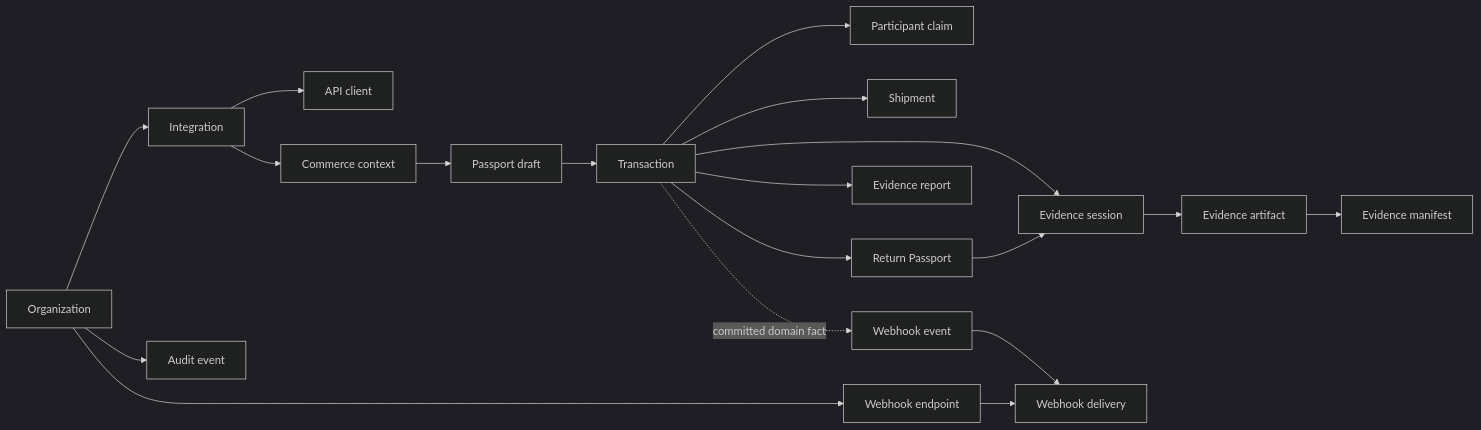
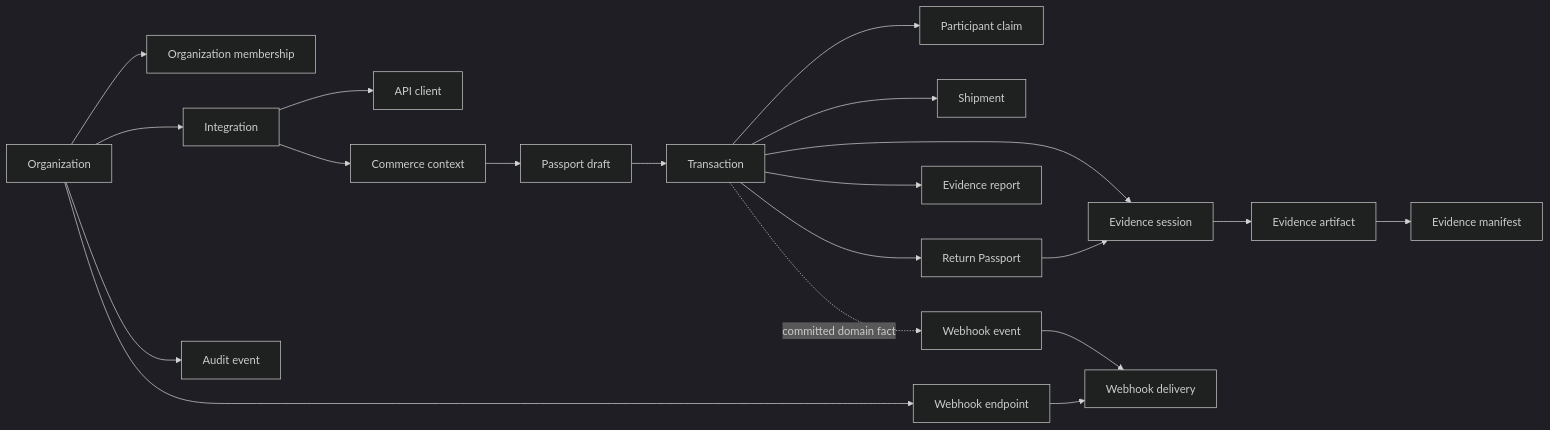
One commit to thepackproof/repo changed the first of 2 diagrams in docs/architecture/DOMAIN_MODEL_V1.md. Above: the diagram before and after it, drawn with Mermaid (dark theme). The commit also changed other lines of this file and 110 other files, not shown here.

````diff
--- a/docs/architecture/DOMAIN_MODEL_V1.md
+++ b/docs/architecture/DOMAIN_MODEL_V1.md
@@ -24,21 +24,22 @@
 ```mermaid
 flowchart LR
-  Organization["Organization"] --> Integration["Integration"]
+  Organization["Organization"] --> Membership["Organization membership"]
+  Organization --> Integration["Integration"]
   Integration --> ApiClient["API client"]
   Integration --> Context["Commerce context"]
   Context --> Draft["Passport draft"]
   Draft --> Transaction["Transaction"]
   Transaction --> Claim["Participant claim"]
   Transaction --> Session["Evidence session"]
   Session --> Artifact["Evidence artifact"]
   Artifact --> Manifest["Evidence manifest"]
   Transaction --> Shipment["Shipment"]
   Transaction --> Return["Return Passport"]
   Return --> Session
   Transaction --> Report["Evidence report"]
   Organization --> Endpoint["Webhook endpoint"]
   Transaction -. "committed domain fact" .-> Event["Webhook event"]
   Event --> Delivery["Webhook delivery"]
   Endpoint --> Delivery
   Organization --> Audit["Audit event"]
 ```
````
